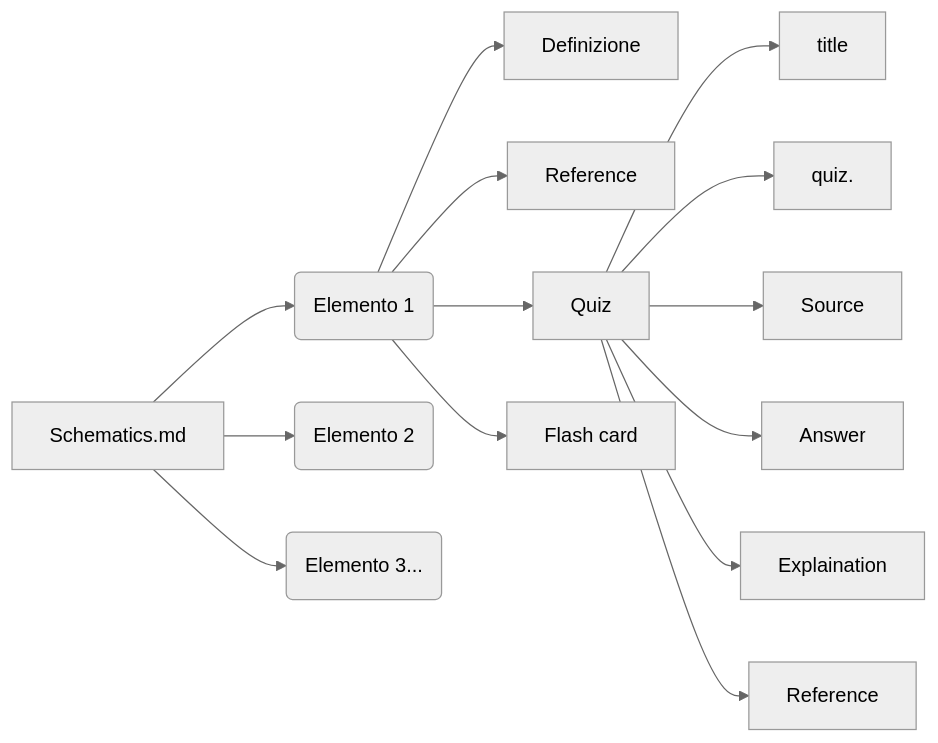
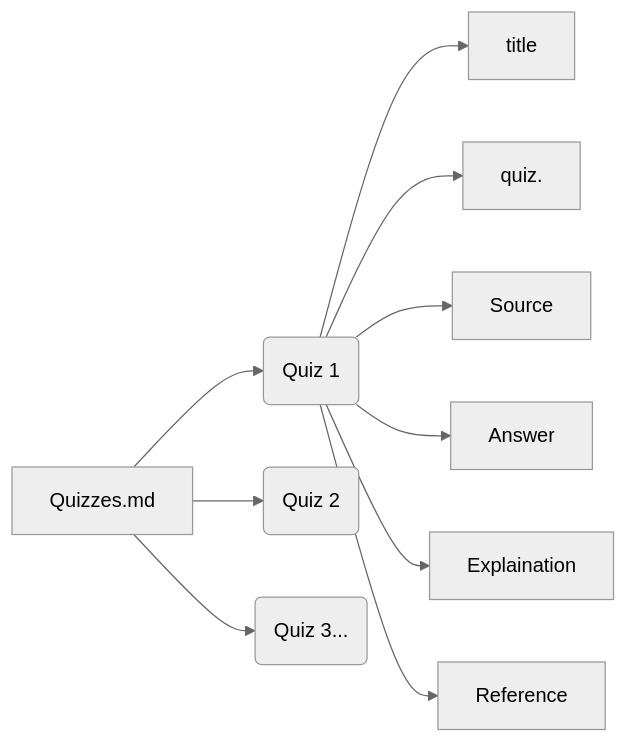
One commit to P0rkoTh10/Exam-Schematizer-Skill changed the fourth of 5 diagrams in README.md. Above: the diagram before and after it, drawn with Mermaid (neutral theme). The commit also changed other lines of this file, not shown here.

Commit message:
Update README with corrected diagrams and element definitions

````diff
--- a/README.md
+++ b/README.md
@@ -46,21 +93,13 @@
 ```mermaid
 graph LR
-    %% Struttura principale di Schematics.md
-    Schematics[Schematics.md] --> E1(Elemento 1)
-    Schematics --> E2(Elemento 2)
-    Schematics --> E3(Elemento 3...)
+    Quizzes[Quizzes.md] --> Q1(Quiz 1)
+    Quizzes --> Q2(Quiz 2)
+    Quizzes --> Q3(Quiz 3...)
 
-    %% Sotto-elementi dell'Elemento 1
-    E1 --> Def[Definizione]
-    E1 --> Ref[Reference]
-    E1 --> QZ[Quiz]
-    E1 --> FC[Flash card]
-
-    %% Esplosione dei campi del Quiz
-    QZ --> Title[title]
-    QZ --> Quiz_Text[quiz.]
-    QZ --> Source[Source]
-    QZ --> Answer[Answer]
-    QZ --> Expl[Explaination]
-    QZ --> Ref_Quiz[Reference]
+    Q1 --> Title[title]
+    Q1 --> Text[quiz.]
+    Q1 --> Source[Source]
+    Q1 --> Answer[Answer]
+    Q1 --> Expl[Explaination]
+    Q1 --> Ref[Reference]
 ```
````
